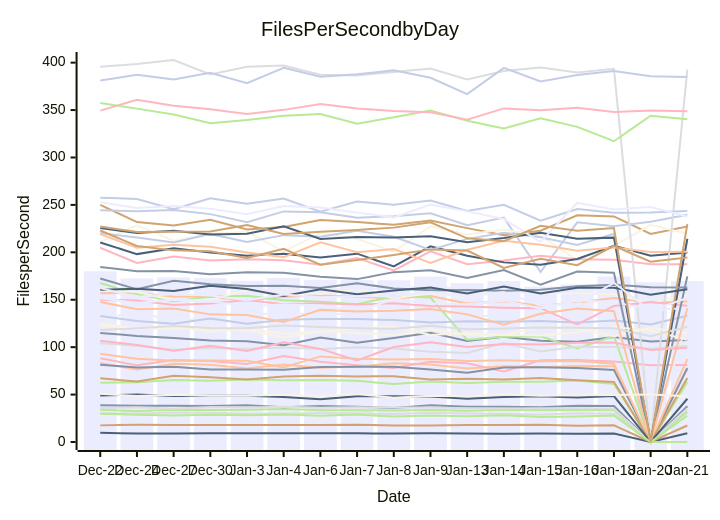
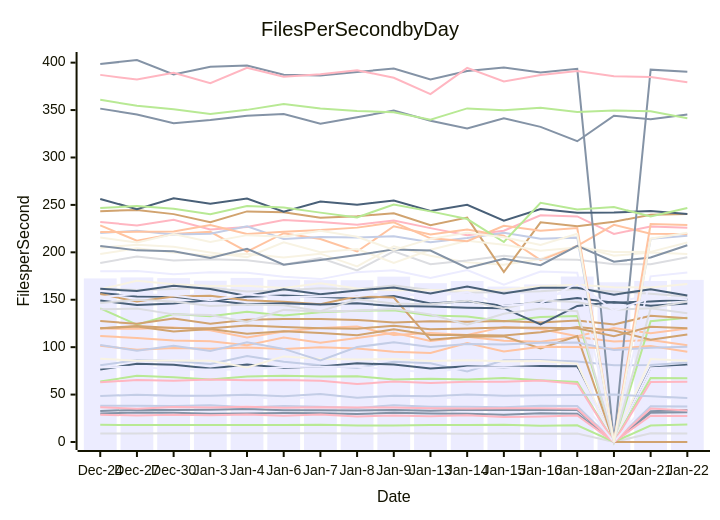
One commit to streetsidesoftware/cspell changed the diagram in perf-report.md. Above: the diagram before and after it, drawn with Mermaid. The commit also changed other lines of this file and 1 other file, not shown here.

````diff
--- a/perf-report.md
+++ b/perf-report.md
@@ -10,57 +10,57 @@
 ```mermaid
 xychart-beta
     title Files Per Second by Day
     y-axis Files per Second
-    x-axis Date [Dec-22, Dec-24, Dec-27, Dec-30, Jan-3, Jan-4, Jan-6, Jan-7, Jan-8, Jan-9, Jan-13, Jan-14, Jan-15, Jan-16, Jan-18, Jan-20, Jan-21]
-    bar [180.09, 172.48, 173.54, 172.79, 170.07, 172.98, 171.06, 170.63, 170.60, 174.36, 167.48, 169.75, 163.88, 166.13, 174.50, 168.43, 169.86]
-    line [115.03, 111.88, 109.68, 107.07, 106.25, 102.14, 110.16, 104.65, 109.58, 115.11, 106.48, 111.07, 106.70, 105.83, 110.59, 105.90, 107.50]
-    line [83.25, 76.44, 82.43, 81.41, 77.52, 81.68, 78.20, 79.53, 83.01, 81.62, 77.54, 79.76, 78.94, 80.05, 79.79, 0.00, 78.41]
-    line [30.24, 30.04, 30.99, 30.88, 29.79, 30.12, 30.58, 30.44, 29.43, 30.82, 30.13, 29.74, 28.69, 30.19, 29.74, 0.00, 30.87]
-    line [33.89, 32.69, 33.95, 33.78, 33.96, 34.86, 33.41, 33.47, 33.19, 33.82, 33.01, 34.00, 33.70, 33.67, 33.62, 0.00, 32.53]
-    line [249.98, 231.90, 228.38, 234.40, 224.05, 226.75, 234.01, 231.87, 229.00, 233.60, 225.53, 218.14, 222.73, 239.07, 237.86, 219.38, 227.33]
-    line [244.43, 243.32, 244.74, 240.28, 231.82, 243.15, 242.35, 236.52, 238.12, 241.19, 228.64, 236.61, 179.24, 231.58, 227.41, 232.25, 239.53]
-    line [88.26, 80.81, 86.47, 85.34, 82.22, 90.61, 84.54, 80.98, 78.06, 84.72, 83.13, 74.36, 86.16, 86.38, 84.98, 80.87, 81.08]
-    line [9.78, 8.90, 9.07, 9.12, 9.16, 9.11, 9.12, 9.14, 8.90, 9.21, 9.09, 8.82, 8.93, 8.76, 8.99, 0.00, 9.21]
-    line [211.10, 228.39, 212.27, 219.38, 221.60, 200.66, 220.18, 213.99, 200.90, 227.46, 218.81, 223.94, 217.59, 191.78, 206.70, 229.01, 219.68]
-    line [125.20, 140.89, 123.76, 134.99, 132.64, 137.41, 133.47, 136.71, 138.45, 138.88, 133.26, 132.31, 127.23, 131.76, 132.93, 0.00, 127.27]
-    line [38.70, 38.32, 38.26, 37.85, 38.77, 36.54, 38.02, 37.20, 35.97, 38.77, 37.19, 37.15, 36.65, 38.13, 37.95, 0.00, 37.76]
-    line [156.77, 157.19, 153.46, 153.21, 148.91, 153.20, 154.41, 153.05, 151.33, 153.98, 146.13, 148.32, 143.55, 147.19, 151.83, 146.83, 148.17]
-    line [35.79, 36.55, 35.09, 36.98, 36.38, 37.08, 36.07, 36.65, 36.34, 36.49, 35.46, 35.24, 35.59, 35.58, 35.07, 0.00, 35.24]
-    line [167.61, 155.99, 148.15, 153.37, 154.17, 149.42, 147.86, 145.38, 153.63, 152.37, 107.78, 110.93, 111.50, 98.69, 111.74, 0.00, 0.00]
-    line [17.53, 18.08, 17.97, 17.93, 17.83, 17.83, 17.89, 18.19, 17.48, 17.44, 18.04, 18.04, 18.22, 17.23, 17.55, 0.00, 17.39]
-    line [132.89, 127.54, 124.61, 130.19, 124.72, 128.97, 129.63, 129.57, 128.75, 125.98, 127.26, 126.67, 127.57, 126.01, 128.09, 123.93, 133.11]
-    line [204.78, 188.75, 195.62, 191.45, 192.64, 191.68, 186.85, 193.93, 180.85, 201.04, 187.54, 191.28, 196.46, 192.64, 192.25, 187.45, 187.38]
-    line [210.28, 198.12, 204.40, 199.78, 196.30, 198.61, 194.45, 198.60, 185.12, 206.27, 196.30, 189.40, 186.97, 192.92, 206.92, 196.43, 199.84]
-    line [159.56, 158.26, 149.38, 149.63, 160.44, 159.38, 155.94, 161.49, 151.30, 157.09, 152.68, 160.69, 156.79, 156.81, 155.73, 146.52, 155.23]
-    line [171.52, 161.55, 160.38, 161.25, 162.72, 158.59, 160.02, 162.06, 161.10, 164.91, 160.36, 157.59, 157.97, 159.04, 161.40, 158.69, 156.26]
-    line [81.49, 78.49, 79.44, 76.50, 76.34, 76.08, 79.03, 79.23, 79.24, 76.50, 72.97, 78.65, 78.72, 77.98, 76.03, 0.00, 77.82]
-    line [93.06, 87.76, 85.72, 85.81, 85.78, 78.64, 90.27, 87.90, 87.06, 87.60, 85.54, 86.15, 85.12, 85.43, 82.51, 0.00, 87.43]
-    line [395.71, 398.52, 402.79, 387.60, 395.60, 397.05, 387.31, 386.47, 390.16, 393.74, 382.18, 391.17, 394.86, 389.55, 393.53, 0.00, 392.61]
-    line [62.39, 63.01, 65.26, 64.66, 65.89, 65.11, 65.47, 64.47, 61.13, 63.67, 62.15, 63.63, 63.52, 64.93, 61.26, 0.00, 63.19]
-    line [67.11, 63.78, 69.83, 68.15, 65.99, 69.11, 69.77, 69.09, 69.36, 65.84, 66.66, 65.78, 67.40, 65.04, 63.23, 0.00, 67.48]
-    line [220.31, 215.56, 210.39, 219.17, 210.98, 218.13, 216.47, 222.63, 216.37, 202.60, 214.18, 220.74, 215.80, 207.87, 219.52, 0.00, 214.36]
-    line [149.89, 149.32, 144.39, 145.93, 149.70, 145.36, 146.19, 145.02, 146.18, 143.49, 142.76, 141.64, 141.15, 123.99, 143.49, 147.59, 143.59]
-    line [225.51, 220.33, 222.69, 218.79, 219.63, 227.40, 214.16, 216.11, 215.58, 216.92, 210.61, 215.07, 220.69, 214.26, 215.48, 0.00, 214.23]
-    line [124.95, 119.60, 119.43, 120.64, 117.82, 110.33, 116.53, 120.08, 121.77, 112.94, 114.87, 112.73, 121.37, 119.21, 111.41, 120.28, 114.69]
-    line [151.56, 146.50, 150.10, 148.04, 143.32, 145.06, 144.14, 137.83, 150.50, 146.15, 145.30, 149.05, 140.78, 149.26, 147.65, 139.36, 140.95]
-    line [184.52, 180.06, 180.25, 176.99, 178.92, 178.38, 174.22, 171.75, 179.11, 181.04, 172.87, 181.24, 165.83, 179.67, 178.49, 0.00, 174.64]
-    line [219.19, 204.86, 207.97, 205.76, 199.93, 194.96, 210.48, 200.08, 203.53, 188.73, 202.65, 212.27, 207.96, 201.68, 204.97, 200.41, 200.50]
-    line [104.04, 101.53, 97.16, 99.08, 98.33, 99.60, 97.96, 99.84, 98.62, 95.10, 93.83, 104.36, 95.41, 100.49, 100.17, 98.43, 101.26]
-    line [357.38, 351.53, 345.39, 336.17, 339.40, 343.93, 345.83, 335.66, 342.43, 349.42, 338.80, 330.51, 341.37, 332.29, 317.17, 344.00, 340.27]
-    line [222.98, 206.68, 202.06, 201.20, 194.13, 203.79, 186.99, 191.85, 197.16, 203.10, 201.84, 183.49, 193.18, 186.41, 206.76, 190.09, 194.48]
-    line [257.62, 256.30, 245.45, 257.10, 251.12, 256.72, 242.84, 253.62, 250.11, 254.55, 243.64, 250.04, 233.42, 245.62, 241.64, 242.10, 243.52]
-    line [349.43, 360.81, 354.60, 350.95, 345.98, 350.21, 356.35, 351.62, 349.11, 347.65, 339.94, 351.75, 349.84, 352.46, 347.95, 349.61, 348.67]
-    line [48.96, 49.98, 48.46, 48.82, 48.74, 47.38, 44.97, 48.20, 48.28, 47.88, 45.48, 47.52, 48.15, 46.82, 48.44, 0.00, 45.59]
-    line [122.57, 119.82, 121.66, 116.64, 119.03, 114.16, 116.74, 115.06, 112.51, 118.83, 112.95, 112.89, 112.17, 115.75, 121.13, 117.45, 107.89]
-    line [252.93, 246.70, 248.73, 245.95, 240.13, 248.92, 247.35, 241.85, 236.85, 250.47, 243.18, 235.07, 210.91, 252.26, 245.25, 247.79, 237.71]
-    line [172.46, 160.97, 170.04, 166.42, 164.47, 164.70, 162.35, 167.49, 161.75, 159.91, 160.33, 159.51, 160.62, 164.27, 165.83, 163.17, 162.82]
-    line [147.65, 140.01, 140.67, 134.58, 133.84, 126.46, 139.31, 137.59, 138.48, 140.31, 134.58, 123.64, 135.23, 140.79, 137.86, 0.00, 141.02]
-    line [117.98, 119.98, 122.26, 120.11, 120.07, 122.96, 121.36, 120.04, 119.36, 122.67, 118.82, 119.70, 120.72, 120.60, 119.83, 111.61, 121.49]
-    line [29.86, 28.77, 27.94, 28.71, 28.29, 28.89, 27.76, 28.93, 26.82, 27.98, 27.25, 28.25, 26.29, 26.94, 27.92, 0.00, 27.74]
-    line [227.25, 221.39, 221.64, 222.00, 228.77, 219.30, 221.68, 223.62, 226.04, 231.74, 214.77, 211.68, 227.93, 222.84, 225.57, 0.00, 229.76]
-    line [381.16, 387.10, 382.18, 389.40, 378.43, 394.66, 385.25, 387.67, 392.05, 384.01, 366.78, 394.48, 380.24, 387.08, 391.19, 385.76, 384.74]
-    line [106.83, 102.33, 96.35, 101.39, 95.92, 105.11, 98.16, 86.10, 100.14, 105.08, 100.22, 103.42, 102.77, 104.55, 104.84, 96.90, 99.42]
-    line [160.66, 161.47, 159.18, 164.75, 161.43, 154.09, 160.97, 155.89, 159.83, 162.81, 156.59, 163.92, 156.50, 162.70, 162.52, 155.39, 161.05]
-    line [50.84, 48.41, 49.94, 48.88, 48.70, 49.88, 48.16, 50.54, 46.59, 48.81, 48.15, 49.96, 48.86, 49.35, 49.61, 49.98, 48.14]
-    line [162.32, 152.82, 156.10, 154.49, 149.59, 155.51, 152.61, 153.69, 153.81, 158.28, 153.24, 158.05, 143.97, 146.11, 167.84, 138.47, 151.83]
+    x-axis Date [Dec-24, Dec-27, Dec-30, Jan-3, Jan-4, Jan-6, Jan-7, Jan-8, Jan-9, Jan-13, Jan-14, Jan-15, Jan-16, Jan-18, Jan-20, Jan-21, Jan-22]
+    bar [172.48, 173.54, 172.79, 170.07, 172.98, 171.06, 170.63, 170.60, 174.36, 167.48, 169.75, 163.88, 166.13, 174.50, 168.43, 169.86, 170.92]
+    line [30.04, 30.99, 30.88, 29.79, 30.12, 30.58, 30.44, 29.43, 30.82, 30.13, 29.74, 28.69, 30.19, 29.74, 0.00, 30.87, 31.24]
+    line [111.88, 109.68, 107.07, 106.25, 102.14, 110.16, 104.65, 109.58, 115.11, 106.48, 111.07, 106.70, 105.83, 110.59, 105.90, 107.50, 102.03]
+    line [8.90, 9.07, 9.12, 9.16, 9.11, 9.12, 9.14, 8.90, 9.21, 9.09, 8.82, 8.93, 8.76, 8.99, 0.00, 9.21, 8.91]
+    line [140.89, 123.76, 134.99, 132.64, 137.41, 133.47, 136.71, 138.45, 138.88, 133.26, 132.31, 127.23, 131.76, 132.93, 0.00, 127.27, 131.02]
+    line [127.54, 124.61, 130.19, 124.72, 128.97, 129.63, 129.57, 128.75, 125.98, 127.26, 126.67, 127.57, 126.01, 128.09, 123.93, 133.11, 130.61]
+    line [80.81, 86.47, 85.34, 82.22, 90.61, 84.54, 80.98, 78.06, 84.72, 83.13, 74.36, 86.16, 86.38, 84.98, 80.87, 81.08, 83.95]
+    line [231.90, 228.38, 234.40, 224.05, 226.75, 234.01, 231.87, 229.00, 233.60, 225.53, 218.14, 222.73, 239.07, 237.86, 219.38, 227.33, 226.04]
+    line [76.44, 82.43, 81.41, 77.52, 81.68, 78.20, 79.53, 83.01, 81.62, 77.54, 79.76, 78.94, 80.05, 79.79, 0.00, 78.41, 81.53]
+    line [198.12, 204.40, 199.78, 196.30, 198.61, 194.45, 198.60, 185.12, 206.27, 196.30, 189.40, 186.97, 192.92, 206.92, 196.43, 199.84, 198.27]
+    line [158.26, 149.38, 149.63, 160.44, 159.38, 155.94, 161.49, 151.30, 157.09, 152.68, 160.69, 156.79, 156.81, 155.73, 146.52, 155.23, 148.65]
+    line [32.69, 33.95, 33.78, 33.96, 34.86, 33.41, 33.47, 33.19, 33.82, 33.01, 34.00, 33.70, 33.67, 33.62, 0.00, 32.53, 33.69]
+    line [228.39, 212.27, 219.38, 221.60, 200.66, 220.18, 213.99, 200.90, 227.46, 218.81, 223.94, 217.59, 191.78, 206.70, 229.01, 219.68, 219.45]
+    line [188.75, 195.62, 191.45, 192.64, 191.68, 186.85, 193.93, 180.85, 201.04, 187.54, 191.28, 196.46, 192.64, 192.25, 187.45, 187.38, 194.87]
+    line [18.08, 17.97, 17.93, 17.83, 17.83, 17.89, 18.19, 17.48, 17.44, 18.04, 18.04, 18.22, 17.23, 17.55, 0.00, 17.39, 18.34]
+    line [243.32, 244.74, 240.28, 231.82, 243.15, 242.35, 236.52, 238.12, 241.19, 228.64, 236.61, 179.24, 231.58, 227.41, 232.25, 239.53, 240.36]
+    line [38.32, 38.26, 37.85, 38.77, 36.54, 38.02, 37.20, 35.97, 38.77, 37.19, 37.15, 36.65, 38.13, 37.95, 0.00, 37.76, 37.44]
+    line [36.55, 35.09, 36.98, 36.38, 37.08, 36.07, 36.65, 36.34, 36.49, 35.46, 35.24, 35.59, 35.58, 35.07, 0.00, 35.24, 33.20]
+    line [157.19, 153.46, 153.21, 148.91, 153.20, 154.41, 153.05, 151.33, 153.98, 146.13, 148.32, 143.55, 147.19, 151.83, 146.83, 148.17, 150.25]
+    line [87.76, 85.72, 85.81, 85.78, 78.64, 90.27, 87.90, 87.06, 87.60, 85.54, 86.15, 85.12, 85.43, 82.51, 0.00, 87.43, 85.66]
+    line [78.49, 79.44, 76.50, 76.34, 76.08, 79.03, 79.23, 79.24, 76.50, 72.97, 78.65, 78.72, 77.98, 76.03, 0.00, 77.82, 79.65]
+    line [398.52, 402.79, 387.60, 395.60, 397.05, 387.31, 386.47, 390.16, 393.74, 382.18, 391.17, 394.86, 389.55, 393.53, 0.00, 392.61, 390.40]
+    line [119.60, 119.43, 120.64, 117.82, 110.33, 116.53, 120.08, 121.77, 112.94, 114.87, 112.73, 121.37, 119.21, 111.41, 120.28, 114.69, 119.63]
+    line [161.55, 160.38, 161.25, 162.72, 158.59, 160.02, 162.06, 161.10, 164.91, 160.36, 157.59, 157.97, 159.04, 161.40, 158.69, 156.26, 153.51]
+    line [63.78, 69.83, 68.15, 65.99, 69.11, 69.77, 69.09, 69.36, 65.84, 66.66, 65.78, 67.40, 65.04, 63.23, 0.00, 67.48, 67.13]
+    line [155.99, 148.15, 153.37, 154.17, 149.42, 147.86, 145.38, 153.63, 152.37, 107.78, 110.93, 111.50, 98.69, 111.74, 0.00, 0.00, 0.00]
+    line [220.33, 222.69, 218.79, 219.63, 227.40, 214.16, 216.11, 215.58, 216.92, 210.61, 215.07, 220.69, 214.26, 215.48, 0.00, 214.23, 217.44]
+    line [63.01, 65.26, 64.66, 65.89, 65.11, 65.47, 64.47, 61.13, 63.67, 62.15, 63.63, 63.52, 64.93, 61.26, 0.00, 63.19, 63.51]
+    line [149.32, 144.39, 145.93, 149.70, 145.36, 146.19, 145.02, 146.18, 143.49, 142.76, 141.64, 141.15, 123.99, 143.49, 147.59, 143.59, 145.97]
+    line [204.86, 207.97, 205.76, 199.93, 194.96, 210.48, 200.08, 203.53, 188.73, 202.65, 212.27, 207.96, 201.68, 204.97, 200.41, 200.50, 210.43]
+    line [180.06, 180.25, 176.99, 178.92, 178.38, 174.22, 171.75, 179.11, 181.04, 172.87, 181.24, 165.83, 179.67, 178.49, 0.00, 174.64, 178.69]
+    line [351.53, 345.39, 336.17, 339.40, 343.93, 345.83, 335.66, 342.43, 349.42, 338.80, 330.51, 341.37, 332.29, 317.17, 344.00, 340.27, 345.40]
+    line [101.53, 97.16, 99.08, 98.33, 99.60, 97.96, 99.84, 98.62, 95.10, 93.83, 104.36, 95.41, 100.49, 100.17, 98.43, 101.26, 95.11]
+    line [146.50, 150.10, 148.04, 143.32, 145.06, 144.14, 137.83, 150.50, 146.15, 145.30, 149.05, 140.78, 149.26, 147.65, 139.36, 140.95, 148.24]
+    line [360.81, 354.60, 350.95, 345.98, 350.21, 356.35, 351.62, 349.11, 347.65, 339.94, 351.75, 349.84, 352.46, 347.95, 349.61, 348.67, 341.42]
+    line [119.82, 121.66, 116.64, 119.03, 114.16, 116.74, 115.06, 112.51, 118.83, 112.95, 112.89, 112.17, 115.75, 121.13, 117.45, 107.89, 113.41]
+    line [102.33, 96.35, 101.39, 95.92, 105.11, 98.16, 86.10, 100.14, 105.08, 100.22, 103.42, 102.77, 104.55, 104.84, 96.90, 99.42, 100.34]
+    line [28.77, 27.94, 28.71, 28.29, 28.89, 27.76, 28.93, 26.82, 27.98, 27.25, 28.25, 26.29, 26.94, 27.92, 0.00, 27.74, 27.53]
+    line [256.30, 245.45, 257.10, 251.12, 256.72, 242.84, 253.62, 250.11, 254.55, 243.64, 250.04, 233.42, 245.62, 241.64, 242.10, 243.52, 240.33]
+    line [160.97, 170.04, 166.42, 164.47, 164.70, 162.35, 167.49, 161.75, 159.91, 160.33, 159.51, 160.62, 164.27, 165.83, 163.17, 162.82, 166.59]
+    line [49.98, 48.46, 48.82, 48.74, 47.38, 44.97, 48.20, 48.28, 47.88, 45.48, 47.52, 48.15, 46.82, 48.44, 0.00, 45.59, 46.58]
+    line [206.68, 202.06, 201.20, 194.13, 203.79, 186.99, 191.85, 197.16, 203.10, 201.84, 183.49, 193.18, 186.41, 206.76, 190.09, 194.48, 207.48]
+    line [221.39, 221.64, 222.00, 228.77, 219.30, 221.68, 223.62, 226.04, 231.74, 214.77, 211.68, 227.93, 222.84, 225.57, 0.00, 229.76, 228.93]
+    line [140.01, 140.67, 134.58, 133.84, 126.46, 139.31, 137.59, 138.48, 140.31, 134.58, 123.64, 135.23, 140.79, 137.86, 0.00, 141.02, 135.67]
+    line [246.70, 248.73, 245.95, 240.13, 248.92, 247.35, 241.85, 236.85, 250.47, 243.18, 235.07, 210.91, 252.26, 245.25, 247.79, 237.71, 246.76]
+    line [119.98, 122.26, 120.11, 120.07, 122.96, 121.36, 120.04, 119.36, 122.67, 118.82, 119.70, 120.72, 120.60, 119.83, 111.61, 121.49, 120.02]
+    line [48.41, 49.94, 48.88, 48.70, 49.88, 48.16, 50.54, 46.59, 48.81, 48.15, 49.96, 48.86, 49.35, 49.61, 49.98, 48.14, 46.48]
+    line [387.10, 382.18, 389.40, 378.43, 394.66, 385.25, 387.67, 392.05, 384.01, 366.78, 394.48, 380.24, 387.08, 391.19, 385.76, 384.74, 379.30]
+    line [161.47, 159.18, 164.75, 161.43, 154.09, 160.97, 155.89, 159.83, 162.81, 156.59, 163.92, 156.50, 162.70, 162.52, 155.39, 161.05, 154.57]
+    line [215.56, 210.39, 219.17, 210.98, 218.13, 216.47, 222.63, 216.37, 202.60, 214.18, 220.74, 215.80, 207.87, 219.52, 0.00, 214.36, 220.57]
+    line [152.82, 156.10, 154.49, 149.59, 155.51, 152.61, 153.69, 153.81, 158.28, 153.24, 158.05, 143.97, 146.11, 167.84, 138.47, 151.83, 150.54]
 ```
````
